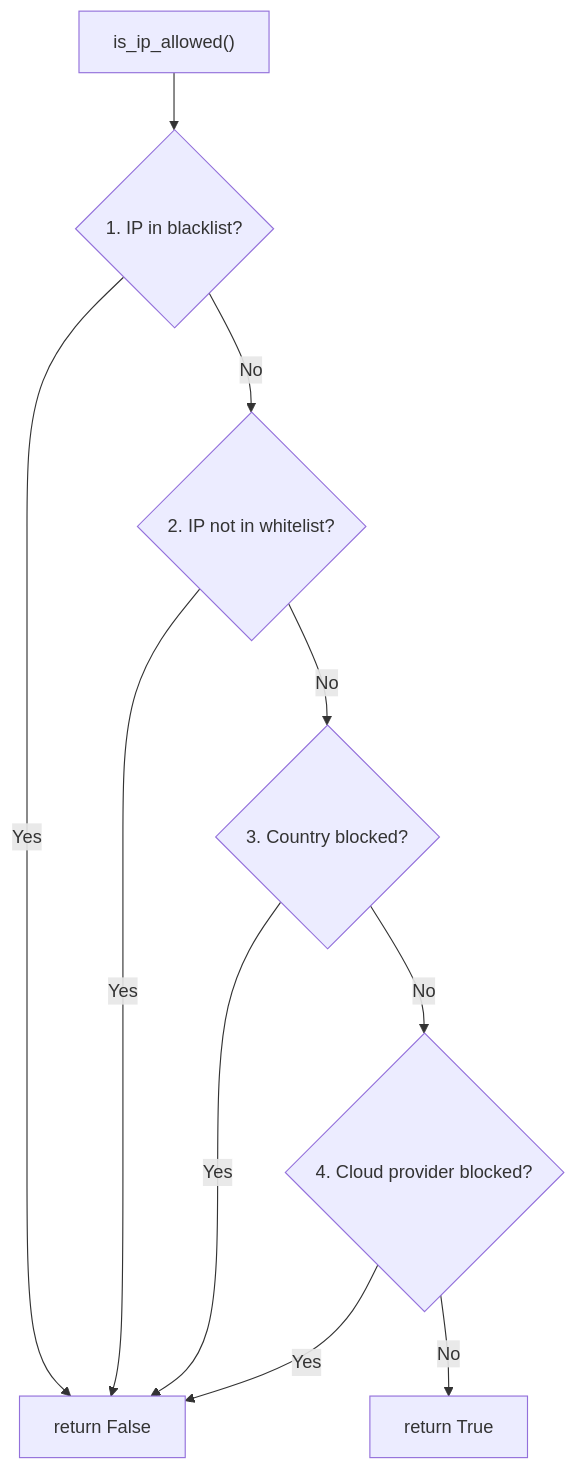
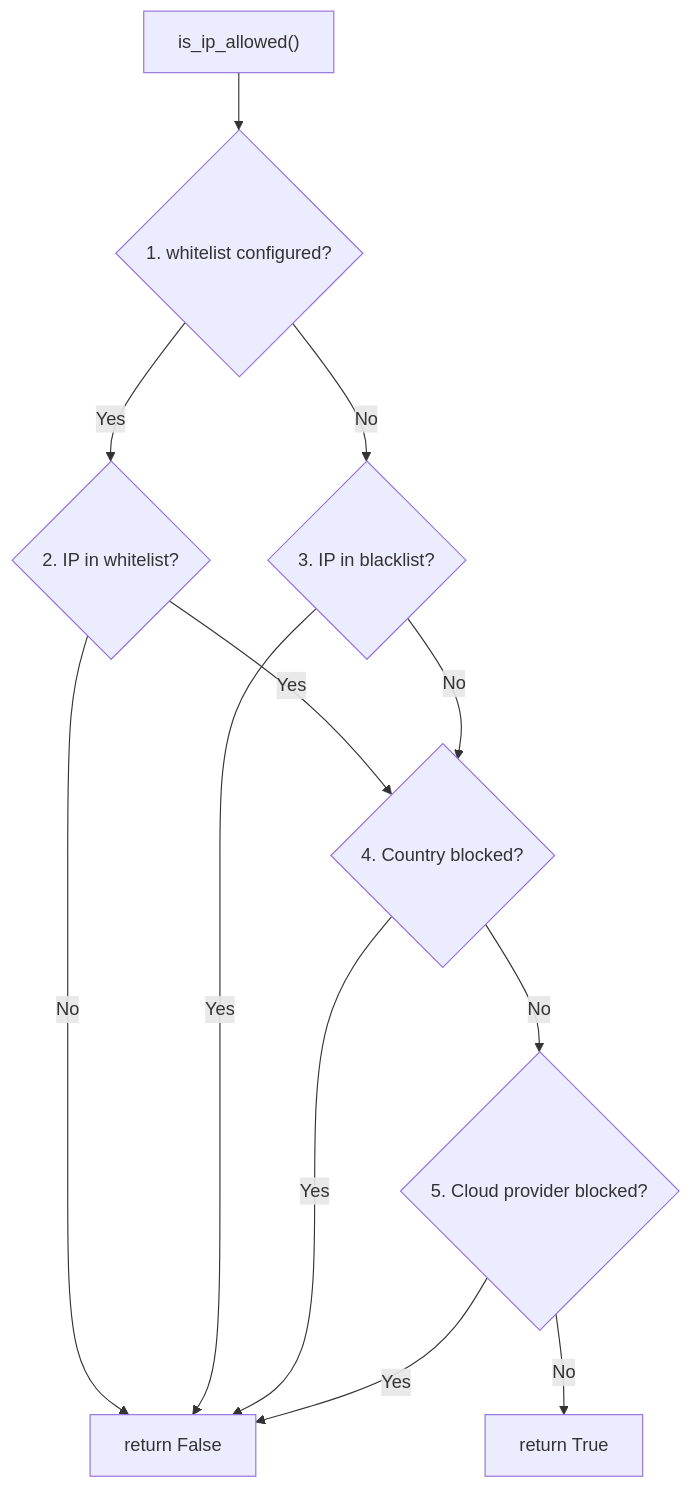
Before and after one commit to rennf93/guard-core: the diagram in docs/internals/ip-management.md, drawn with Mermaid. The commit also changed other lines of this file and 6 other files, not shown here.

````diff
--- a/docs/internals/ip-management.md
+++ b/docs/internals/ip-management.md
@@ -82,20 +82,23 @@
 ```mermaid
 flowchart TD
     START["is_ip_allowed()"]
-    BL{"1. IP in blacklist?"}
-    WL{"2. IP not in whitelist?"}
-    CC{"3. Country blocked?"}
-    CL{"4. Cloud provider blocked?"}
+    WLSET{"1. whitelist configured?"}
+    WL{"2. IP in whitelist?"}
+    BL{"3. IP in blacklist?"}
+    CC{"4. Country blocked?"}
+    CL{"5. Cloud provider blocked?"}
     ALLOW["return True"]
     DENY["return False"]
 
-    START --> BL
+    START --> WLSET
+    WLSET -- Yes --> WL
+    WL -- Yes --> CC
+    WL -- No --> DENY
+    WLSET -- No --> BL
     BL -- Yes --> DENY
-    BL -- No --> WL
-    WL -- Yes --> DENY
-    WL -- No --> CC
+    BL -- No --> CC
     CC -- Yes --> DENY
     CC -- No --> CL
     CL -- Yes --> DENY
     CL -- No --> ALLOW
 ```
````
